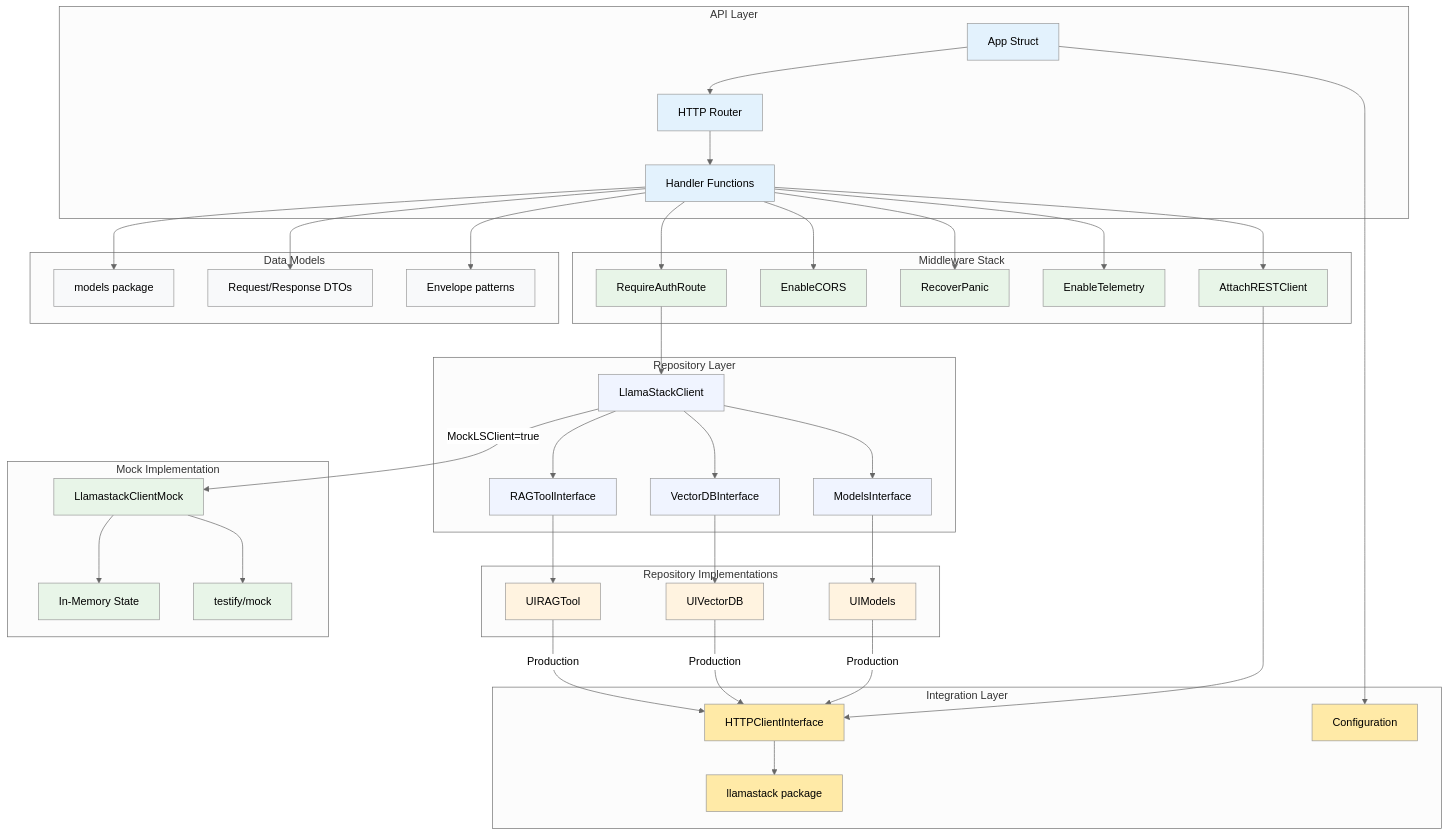
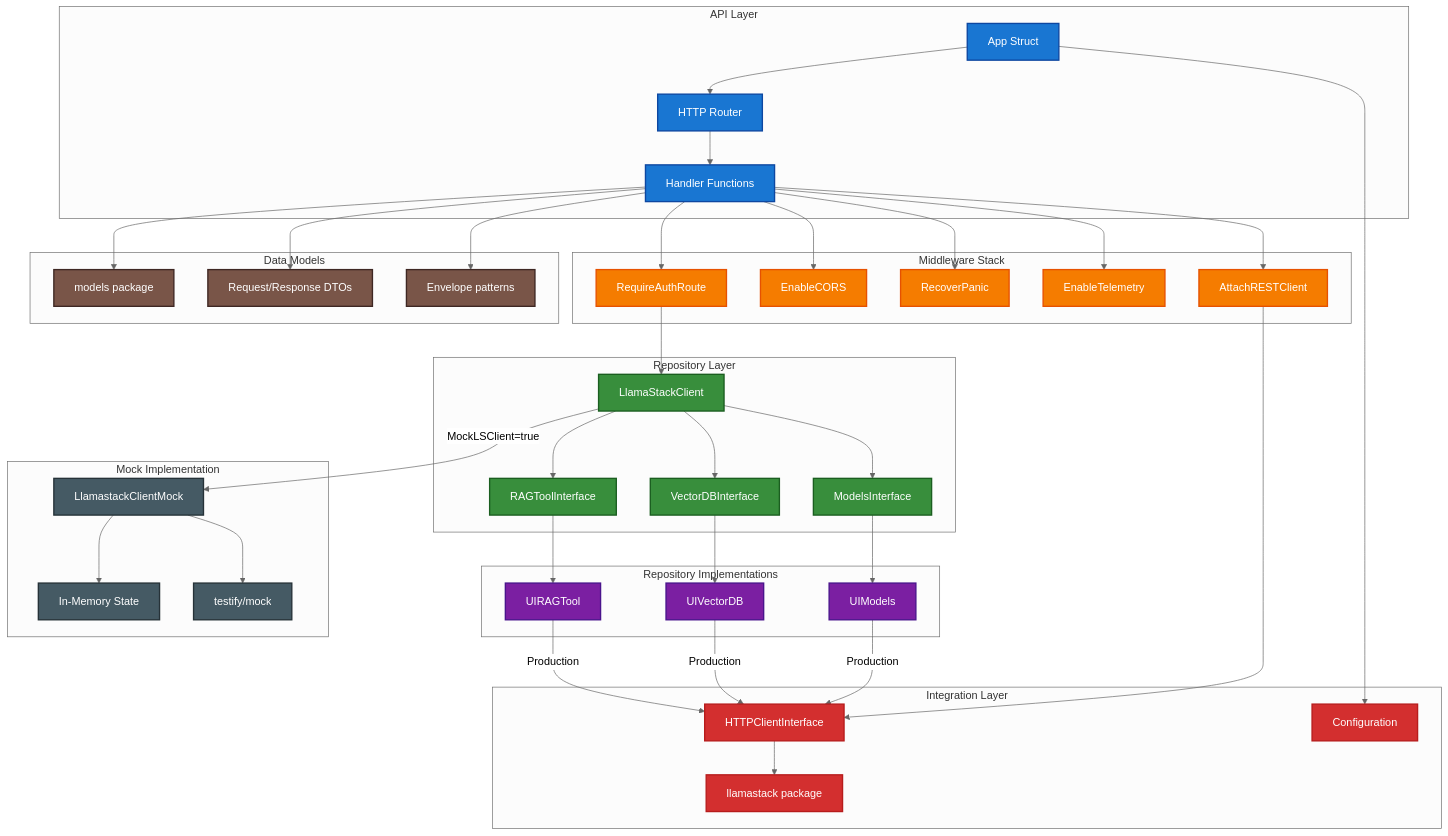
One commit to opendatahub-io/odh-dashboard changed the second of 2 diagrams in frontend/packages/llama-stack-modular-ui/docs/adr/0002-bff-architecture-pattern.md. Above: the diagram before and after it, drawn with Mermaid (neutral theme). The commit also changed other lines of this file, not shown here.

Commit message:
updated architecture

```diff
--- a/frontend/packages/llama-stack-modular-ui/docs/adr/0002-bff-architecture-pattern.md
+++ b/frontend/packages/llama-stack-modular-ui/docs/adr/0002-bff-architecture-pattern.md
@@ -266,13 +256,13 @@
     
     App --> ConfigMgmt
     
-    classDef api fill:#e3f2fd
-    classDef middleware fill:#e8f5e8
-    classDef repository fill:#f0f4ff
-    classDef implementation fill:#fff3e0
-    classDef mock fill:#e8f5e8
-    classDef integration fill:#ffeaa7
-    classDef models fill:#f8f9fa
+    classDef api fill:#1976d2,stroke:#0d47a1,stroke-width:2px,color:#ffffff
+    classDef middleware fill:#f57c00,stroke:#e65100,stroke-width:2px,color:#ffffff
+    classDef repository fill:#388e3c,stroke:#1b5e20,stroke-width:2px,color:#ffffff
+    classDef implementation fill:#7b1fa2,stroke:#4a148c,stroke-width:2px,color:#ffffff
+    classDef mock fill:#455a64,stroke:#263238,stroke-width:2px,color:#ffffff
+    classDef integration fill:#d32f2f,stroke:#b71c1c,stroke-width:2px,color:#ffffff
+    classDef models fill:#795548,stroke:#3e2723,stroke-width:2px,color:#ffffff
     
     class App,Router,Handlers api
     class AuthMW,CORS,Recovery,Telemetry,RESTClient middleware
```
